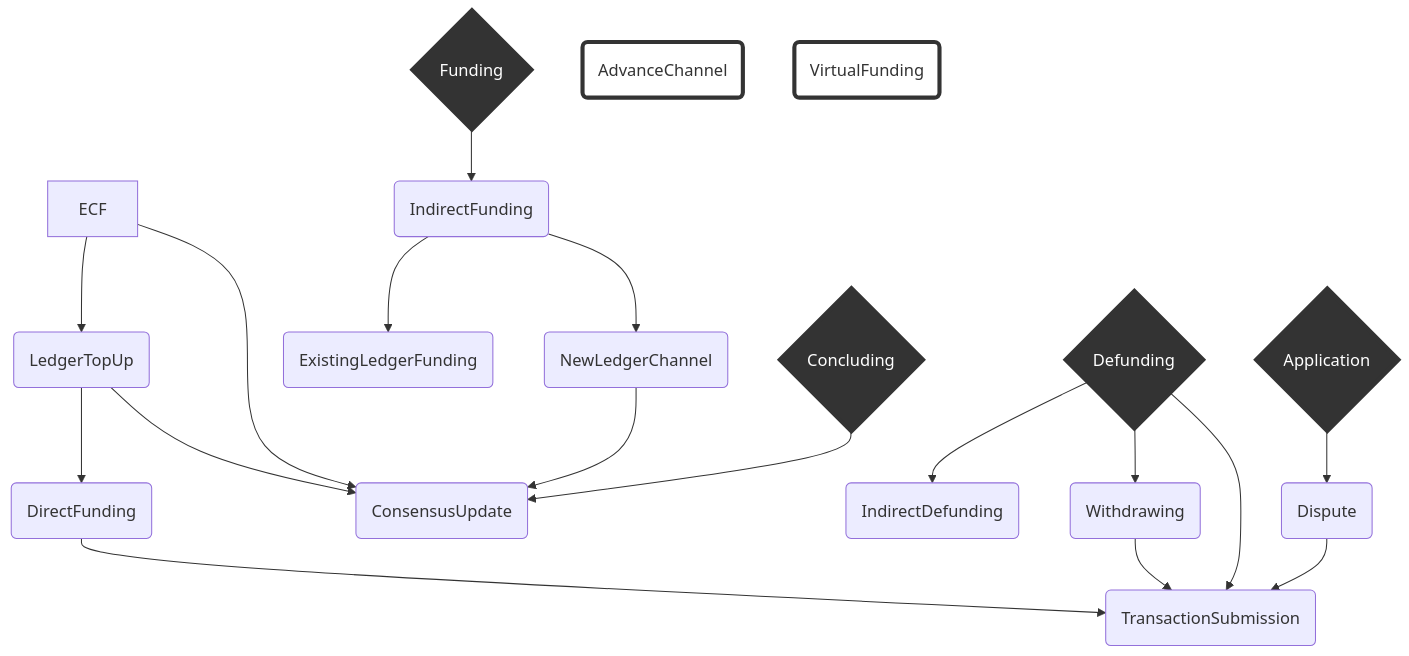
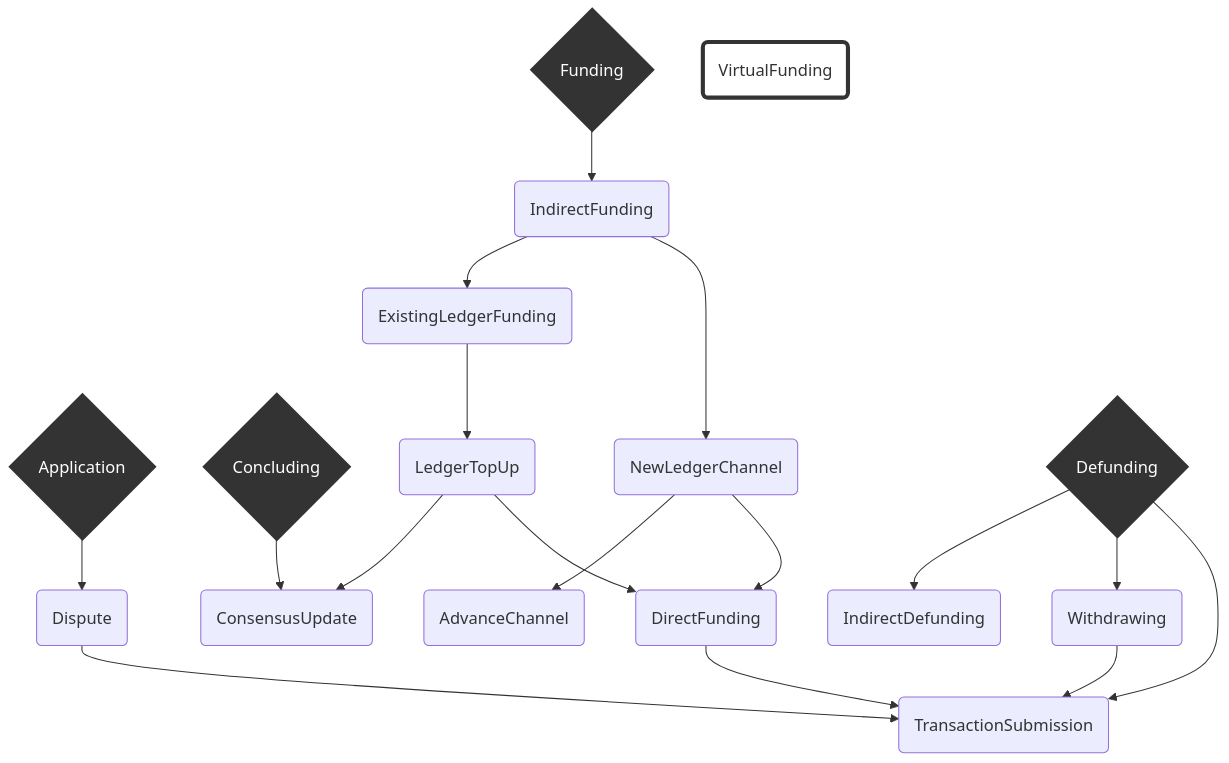
One commit to statechannels/statechannels changed the diagram in packages/wallet/packages/wallet/notes/index.md. Above: the diagram before and after it, drawn with Mermaid. The commit also changed 5 other files, not shown here.

````diff
--- a/packages/wallet/packages/wallet/notes/index.md
+++ b/packages/wallet/packages/wallet/notes/index.md
@@ -31,46 +31,45 @@
 ```mermaid
 graph TD
   linkStyle default interpolate basis
 
     A{Application}--> D
     F{Funding}--> idF(IndirectFunding)
 
     D(Dispute)--> TS
 
 
     C{Concluding}-->CU(ConsensusUpdate)
 
     idF -->  ELF(ExistingLedgerFunding)
     idF --> NLC(NewLedgerChannel)
 
-    NLC --> CU(ConsensusUpdate)
-
-    ECF --> LTU(LedgerTopUp)
-    ECF --> CU(ConsensusUpdate)
+    NLC --> AC(AdvanceChannel)
+    NLC --> DF
+    ELF --> LTU(LedgerTopUp)
     LTU --> CU(ConsensusUpdate)
 
     Df{Defunding}-->idDf(IndirectDefunding)
     Df-->W(Withdrawing)
 
     Df-->TS(TransactionSubmission)
 
     W-->TS
 
     AC(AdvanceChannel)
 
     LTU-->DF(DirectFunding)
 
     DF-->TS
 
 
     VF(VirtualFunding)
 
     classDef TopLevelProtocol stroke:#333,stroke-width:4px,color:#ffff,fill:#333;
 
     classDef OrphanProtocol stroke:#333,stroke-width:4px,fill:#0000;
 
     class A,F,C,Df TopLevelProtocol
-    class AC,PC,VF OrphanProtocol
+    class VF OrphanProtocol
 
 
 ```
````
